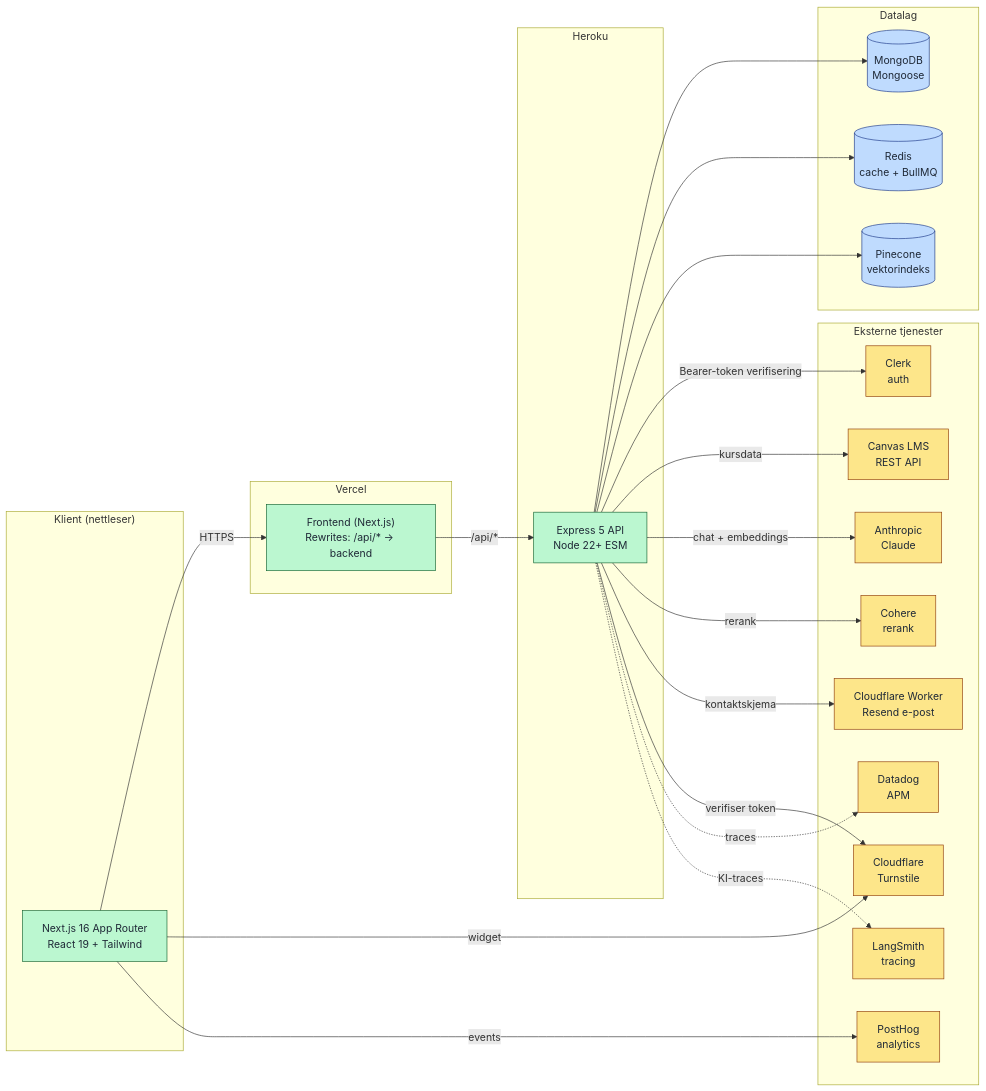
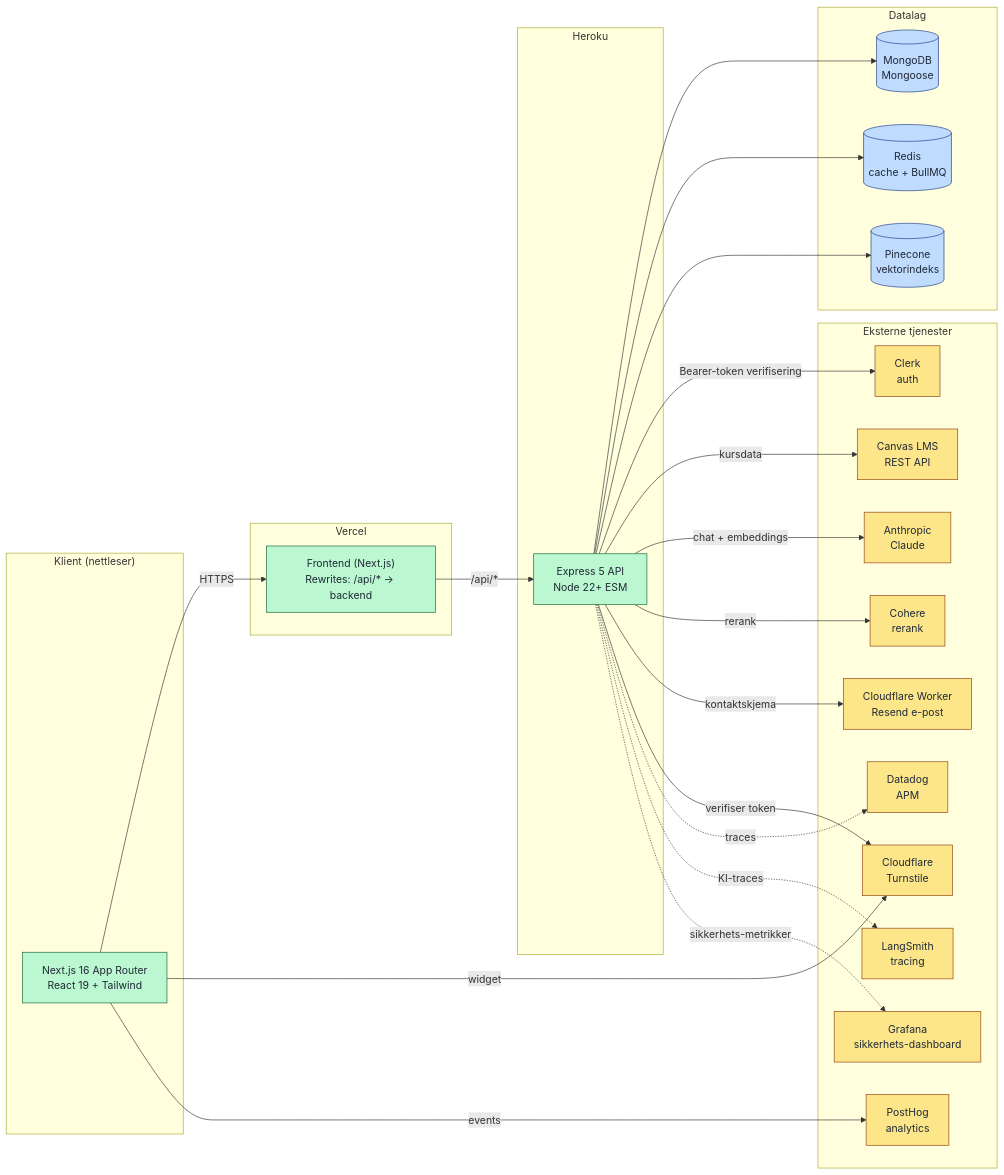
Before and after one commit to 26zl/StudyWise: the diagram in filer_prosjekt/diagrammer/01-arkitektur-overordnet.md, drawn with Mermaid. The commit also changed 42 other files, not shown here.

Commit message:
Fiks: Module not found: Can't resolve 'zod/v4/core'. Dependency/build-layout-feil. Samt fiks i diagrammer.

````diff
--- a/filer_prosjekt/diagrammer/01-arkitektur-overordnet.md
+++ b/filer_prosjekt/diagrammer/01-arkitektur-overordnet.md
@@ -5,59 +5,61 @@
 ```mermaid
 flowchart LR
     subgraph Klient["Klient (nettleser)"]
         UI["Next.js 16 App Router<br/>React 19 + Tailwind"]
     end
 
     subgraph Vercel["Vercel"]
         FE["Frontend (Next.js)<br/>Rewrites: /api/* -> backend"]
     end
 
     subgraph Heroku["Heroku"]
         BE["Express 5 API<br/>Node 22+ ESM"]
     end
 
     subgraph Datalag["Datalag"]
         MONGO[("MongoDB<br/>Mongoose")]
         REDIS[("Redis<br/>cache + BullMQ")]
         PINE[("Pinecone<br/>vektorindeks")]
     end
 
     subgraph Eksterne["Eksterne tjenester"]
         CLERK["Clerk<br/>auth"]
         CANVAS["Canvas LMS<br/>REST API"]
         ANTH["Anthropic<br/>Claude"]
         COHERE["Cohere<br/>rerank"]
         TURN["Cloudflare<br/>Turnstile"]
         POSTHOG["PostHog<br/>analytics"]
         DD["Datadog<br/>APM"]
         LANG["LangSmith<br/>tracing"]
+        GRAF["Grafana<br/>sikkerhets-dashboard"]
         CFW["Cloudflare Worker<br/>Resend e-post"]
     end
 
     UI -->|HTTPS| FE
     FE -->|/api/*| BE
 
     BE --> MONGO
     BE --> REDIS
     BE --> PINE
 
     BE -->|Bearer-token verifisering| CLERK
     BE -->|kursdata| CANVAS
     BE -->|chat + embeddings| ANTH
     BE -->|rerank| COHERE
     BE -->|kontaktskjema| CFW
 
     UI -->|widget| TURN
     BE -->|verifiser token| TURN
     UI -->|events| POSTHOG
 
     BE -.->|traces| DD
     BE -.->|KI-traces| LANG
+    BE -.->|sikkerhets-metrikker| GRAF
 
     classDef ext fill:#fde68a,stroke:#92400e,color:#1f2937
     classDef data fill:#bfdbfe,stroke:#1e3a8a,color:#1f2937
     classDef app fill:#bbf7d0,stroke:#166534,color:#1f2937
-    class CLERK,CANVAS,ANTH,COHERE,TURN,POSTHOG,DD,LANG,CFW ext
+    class CLERK,CANVAS,ANTH,COHERE,TURN,POSTHOG,DD,LANG,GRAF,CFW ext
     class MONGO,REDIS,PINE data
     class FE,BE,UI app
 ```
````
